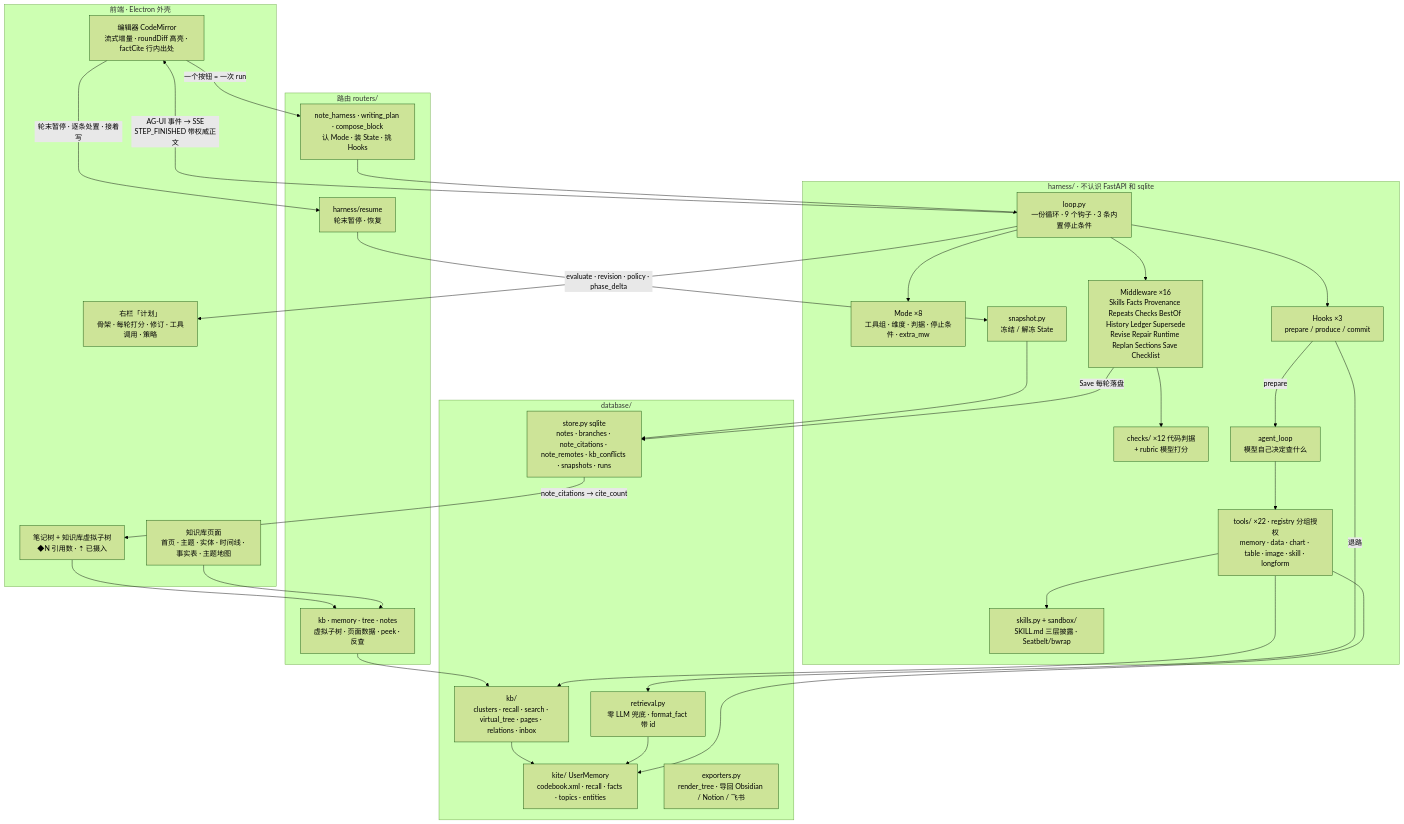
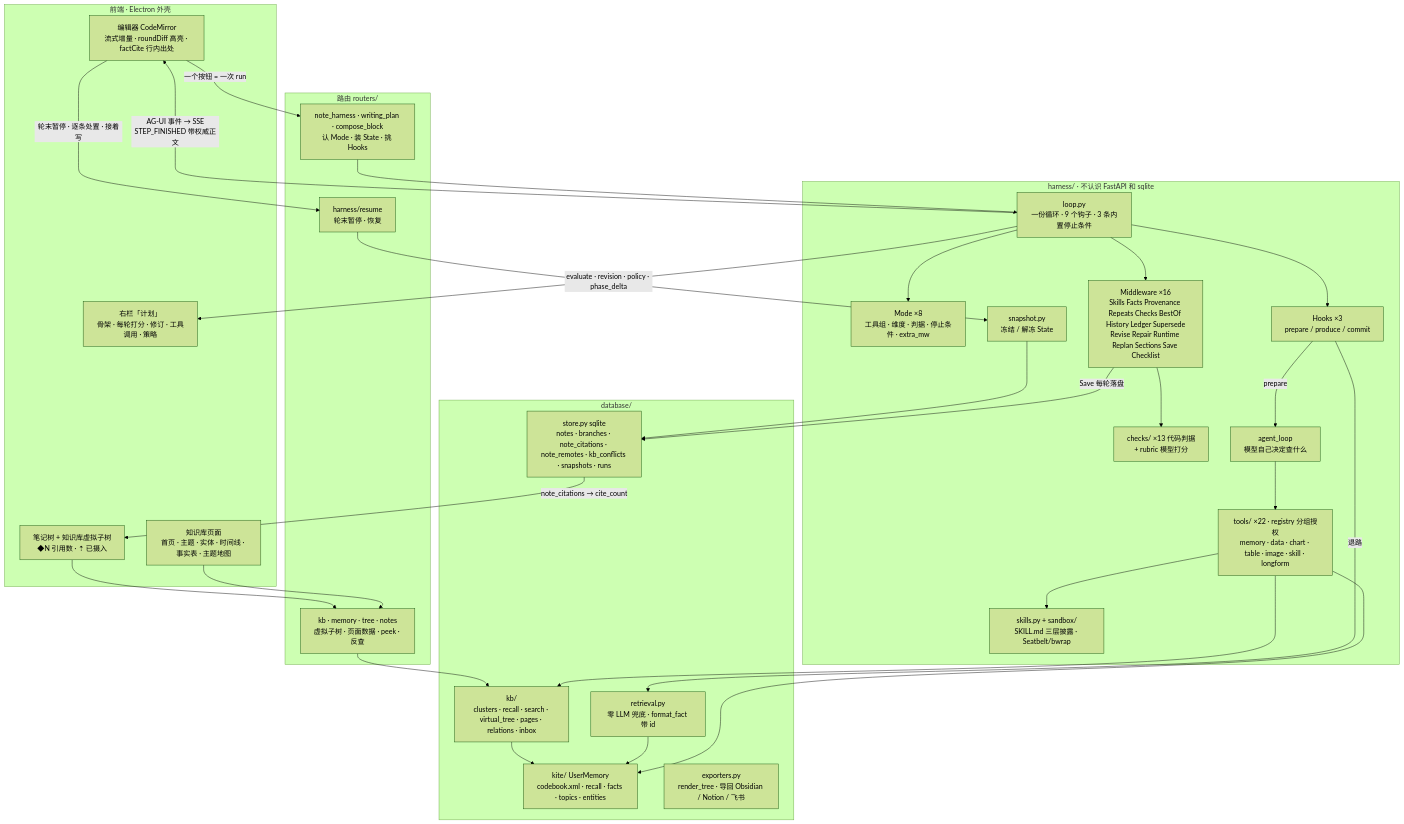
The diagram in docs/harness-framework.md (huilongbaba/MEMOKET_NOTE), drawn with Mermaid (forest theme) before and after one commit. The commit also changed other lines of this file and 13 other files, not shown here.

````diff
--- a/docs/harness-framework.md
+++ b/docs/harness-framework.md
@@ -41,60 +41,60 @@
 ```mermaid
 flowchart TB
   subgraph UI["前端 · Electron 外壳"]
     ED["编辑器 CodeMirror<br/>流式增量 · roundDiff 高亮 · factCite 行内出处"]
     PLAN["右栏「计划」<br/>骨架 · 每轮打分 · 修订 · 工具调用 · 策略"]
     TREE["笔记树 + 知识库虚拟子树<br/>◆N 引用数 · ⇡ 已摄入"]
     KBP["知识库页面<br/>首页 · 主题 · 实体 · 时间线 · 事实表 · 主题地图"]
   end
 
   subgraph API["路由 routers/"]
     NH["note_harness · writing_plan · compose_block<br/>认 Mode · 装 State · 挑 Hooks"]
     RS["harness/resume<br/>轮末暂停 · 恢复"]
     KBR["kb · memory · tree · notes<br/>虚拟子树 · 页面数据 · peek · 反查"]
   end
 
   subgraph H["harness/ · 不认识 FastAPI 和 sqlite"]
     LOOP["loop.py<br/>一份循环 · 9 个钩子 · 3 条内置停止条件"]
     MODE["Mode ×8<br/>工具组 · 维度 · 判据 · 停止条件 · extra_mw"]
     HOOKS["Hooks ×3<br/>prepare / produce / commit"]
     MW["Middleware ×16<br/>Skills Facts Provenance Repeats Checks BestOf History Ledger Supersede<br/>Revise Repair Runtime Replan Sections Save Checklist"]
-    CHK["checks/ ×12 代码判据<br/>+ rubric 模型打分"]
+    CHK["checks/ ×13 代码判据<br/>+ rubric 模型打分"]
     TOOLS["tools/ ×22 · registry 分组授权<br/>memory · data · chart · table · image · skill · longform"]
     AL["agent_loop<br/>模型自己决定查什么"]
     SK["skills.py + sandbox/<br/>SKILL.md 三层披露 · Seatbelt/bwrap"]
     SNAP["snapshot.py<br/>冻结 / 解冻 State"]
   end
 
   subgraph DB["database/"]
     STORE["store.py sqlite<br/>notes · branches · note_citations · note_remotes · kb_conflicts · snapshots · runs"]
     KITE["kite/ UserMemory<br/>codebook.xml · recall · facts · topics · entities"]
     KB["kb/<br/>clusters · recall · search · virtual_tree · pages · relations · inbox"]
     EXP["exporters.py<br/>render_tree · 导回 Obsidian / Notion / 飞书"]
     RET["retrieval.py<br/>零 LLM 兜底 · format_fact 带 id"]
   end
 
   ED -- "一个按钮 = 一次 run" --> NH
   NH --> LOOP
   LOOP --> MODE
   LOOP --> HOOKS
   LOOP --> MW
   MW --> CHK
   HOOKS -- prepare --> AL
   AL --> TOOLS
   TOOLS --> KITE
   TOOLS --> KB
   TOOLS --> SK
   HOOKS -- 退路 --> RET
   RET --> KITE
   MW -- Save 每轮落盘 --> STORE
   SNAP --> STORE
   RS --> SNAP
   LOOP -- "AG-UI 事件 → SSE<br/>STEP_FINISHED 带权威正文" --> ED
   LOOP -- "evaluate · revision · policy · phase_delta" --> PLAN
   STORE -- "note_citations → cite_count" --> TREE
   KBR --> KB
   KB --> KITE
   KBP --> KBR
   TREE --> KBR
   ED -- "轮末暂停 · 逐条处置 · 接着写" --> RS
 ```
````
